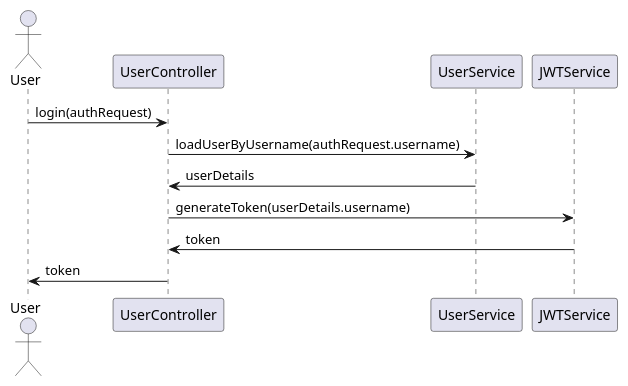
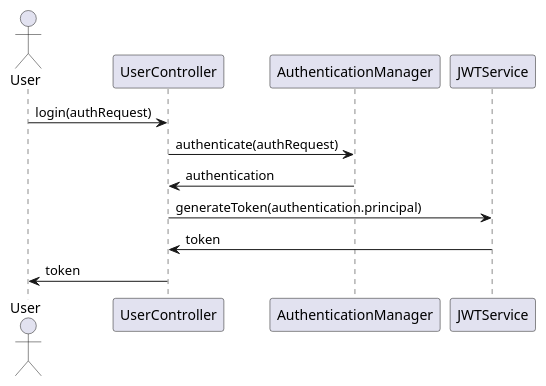
The second of 4 diagrams in identityprovider/documentation/detaileddesign.adoc (shreya-cn/autodev.ai), drawn with PlantUML before and after one commit. The commit also changed other lines of this file and 3 other files, not shown here.

```diff
--- a/identityprovider/documentation/detaileddesign.adoc
+++ b/identityprovider/documentation/detaileddesign.adoc
@@ -279,16 +161,16 @@
-[plantuml, authentication-flow, png]
+[plantuml, authentication-sequence, png]
 ----
 @startuml
 actor User
 participant UserController
-participant UserService
+participant AuthenticationManager
 participant JWTService
 
 User -> UserController : login(authRequest)
-UserController -> UserService : loadUserByUsername(authRequest.username)
-UserService -> UserController : userDetails
-UserController -> JWTService : generateToken(userDetails.username)
+UserController -> AuthenticationManager : authenticate(authRequest)
+AuthenticationManager -> UserController : authentication
+UserController -> JWTService : generateToken(authentication.principal)
 JWTService -> UserController : token
 UserController -> User : token
 @enduml
 ----
```
